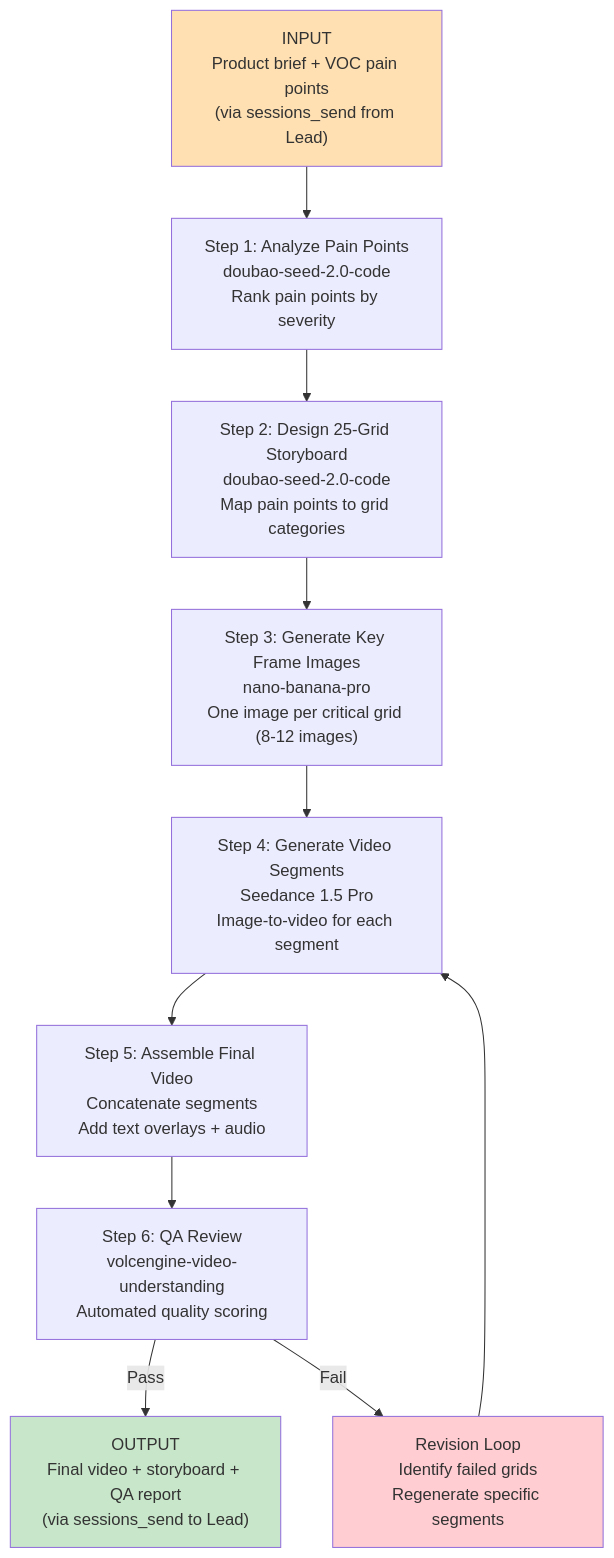
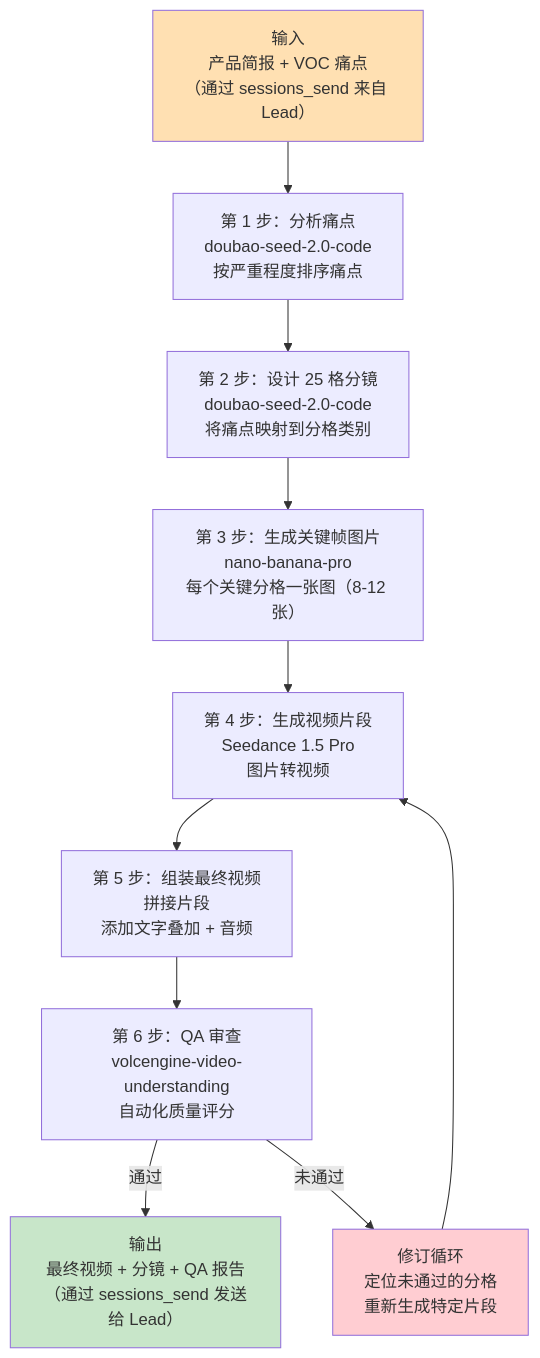
The first of 4 diagrams in plans/PLAN-tiktok-director.md (chan-kinghin/e-commerce-claw), drawn with Mermaid before and after one commit. The commit also changed other lines of this file and 55 other files, not shown here.

````diff
--- a/plans/PLAN-tiktok-director.md
+++ b/plans/PLAN-tiktok-director.md
@@ -307,16 +307,16 @@
 ```mermaid
 graph TD
-    A["INPUT<br/>Product brief + VOC pain points<br/>(via sessions_send from Lead)"] --> B["Step 1: Analyze Pain Points<br/>doubao-seed-2.0-code<br/>Rank pain points by severity"]
-    B --> C["Step 2: Design 25-Grid Storyboard<br/>doubao-seed-2.0-code<br/>Map pain points to grid categories"]
-    C --> D["Step 3: Generate Key Frame Images<br/>nano-banana-pro<br/>One image per critical grid (8-12 images)"]
-    D --> E["Step 4: Generate Video Segments<br/>Seedance 1.5 Pro<br/>Image-to-video for each segment"]
-    E --> F["Step 5: Assemble Final Video<br/>Concatenate segments<br/>Add text overlays + audio"]
-    F --> G["Step 6: QA Review<br/>volcengine-video-understanding<br/>Automated quality scoring"]
-    G -->|Pass| H["OUTPUT<br/>Final video + storyboard + QA report<br/>(via sessions_send to Lead)"]
-    G -->|Fail| I["Revision Loop<br/>Identify failed grids<br/>Regenerate specific segments"]
+    A["输入<br/>产品简报 + VOC 痛点<br/>（通过 sessions_send 来自 Lead）"] --> B["第 1 步：分析痛点<br/>doubao-seed-2.0-code<br/>按严重程度排序痛点"]
+    B --> C["第 2 步：设计 25 格分镜<br/>doubao-seed-2.0-code<br/>将痛点映射到分格类别"]
+    C --> D["第 3 步：生成关键帧图片<br/>nano-banana-pro<br/>每个关键分格一张图（8-12 张）"]
+    D --> E["第 4 步：生成视频片段<br/>Seedance 1.5 Pro<br/>图片转视频"]
+    E --> F["第 5 步：组装最终视频<br/>拼接片段<br/>添加文字叠加 + 音频"]
+    F --> G["第 6 步：QA 审查<br/>volcengine-video-understanding<br/>自动化质量评分"]
+    G -->|通过| H["输出<br/>最终视频 + 分镜 + QA 报告<br/>（通过 sessions_send 发送给 Lead）"]
+    G -->|未通过| I["修订循环<br/>定位未通过的分格<br/>重新生成特定片段"]
     I --> E
 
     style A fill:#FFE0B2
     style H fill:#C8E6C9
     style I fill:#FFCDD2
 ```
````
